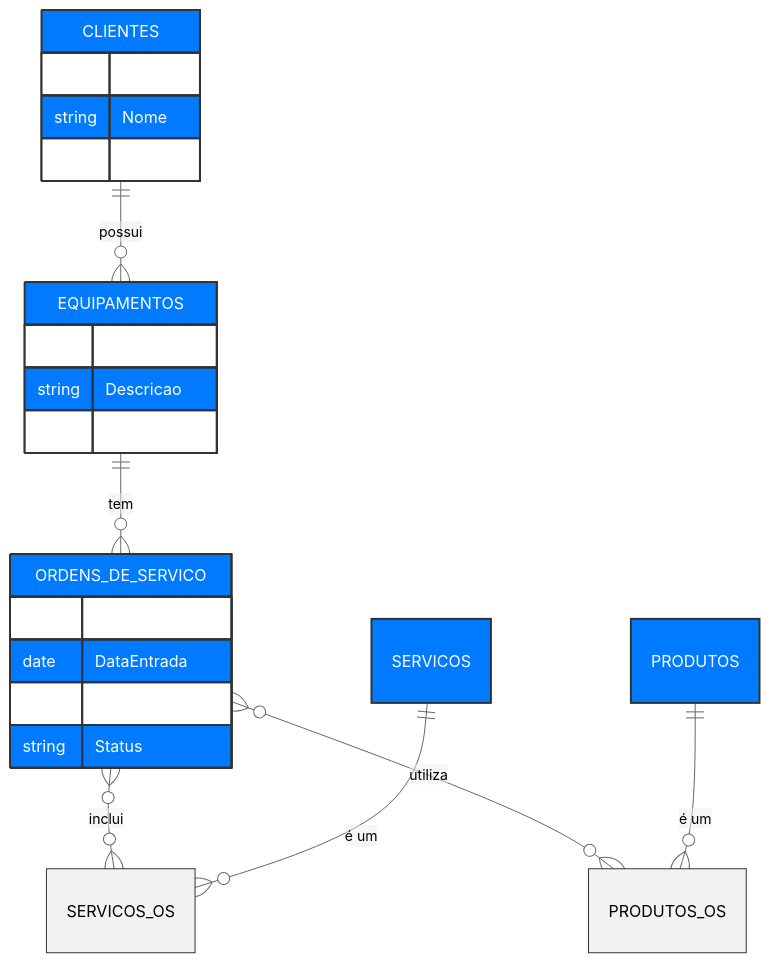
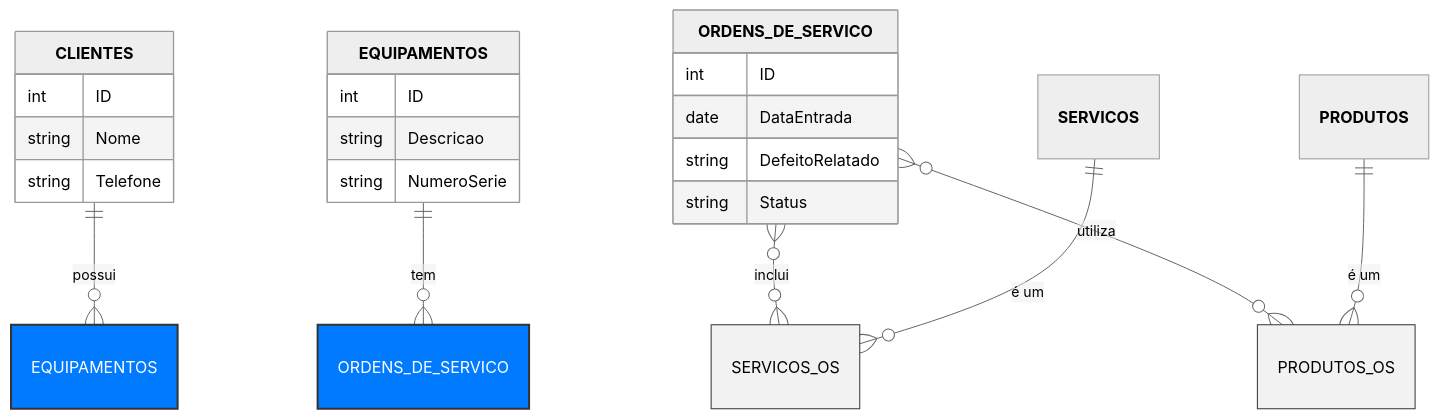
The second of 3 diagrams in README.md (Naasso/Sistema-de-Gest-o-Empresarial-Full-Stack), drawn with Mermaid (neutral theme) before and after one commit. The commit also changed other lines of this file, not shown here.

````diff
--- a/README.md
+++ b/README.md
@@ -118,36 +118,36 @@
 ```mermaid
 erDiagram
-    CLIENTES ||--o{ EQUIPAMENTOS : "possui"
-    EQUIPAMENTOS ||--o{ ORDENS_DE_SERVICO : "tem"
+    **CLIENTES** ||--o{ EQUIPAMENTOS : "possui"
+    **EQUIPAMENTOS** ||--o{ ORDENS_DE_SERVICO : "tem"
     
-    ORDENS_DE_SERVICO }o--o{ SERVICOS_OS : "inclui"
-    SERVICOS ||--o{ SERVICOS_OS : "é um"
+    **ORDENS_DE_SERVICO** }o--o{ SERVICOS_OS : "inclui"
+    **SERVICOS** ||--o{ SERVICOS_OS : "é um"
 
-    ORDENS_DE_SERVICO }o--o{ PRODUTOS_OS : "utiliza"
-    PRODUTOS ||--o{ PRODUTOS_OS : "é um"
+    **ORDENS_DE_SERVICO** }o--o{ PRODUTOS_OS : "utiliza"
+    **PRODUTOS** ||--o{ PRODUTOS_OS : "é um"
 
-    CLIENTES {
+    **CLIENTES** {
         int ID
         string Nome
         string Telefone
     }
-    EQUIPAMENTOS {
+    **EQUIPAMENTOS** {
         int ID
         string Descricao
         string NumeroSerie
     }
-    ORDENS_DE_SERVICO {
+    **ORDENS_DE_SERVICO** {
         int ID
         date DataEntrada
         string DefeitoRelatado
         string Status
     }
 
     %% Definição de Estilos
     classDef mainEntity fill:#007bff,stroke:#333,stroke-width:2px,color:white
     classDef linkingEntity fill:#f2f2f2,stroke:#333,stroke-width:1px,color:black
 
     %% Aplicação dos Estilos (sem ponto e vírgula)
     class CLIENTES,EQUIPAMENTOS,ORDENS_DE_SERVICO,SERVICOS,PRODUTOS mainEntity
     class SERVICOS_OS,PRODUTOS_OS linkingEntity
 ```
````
